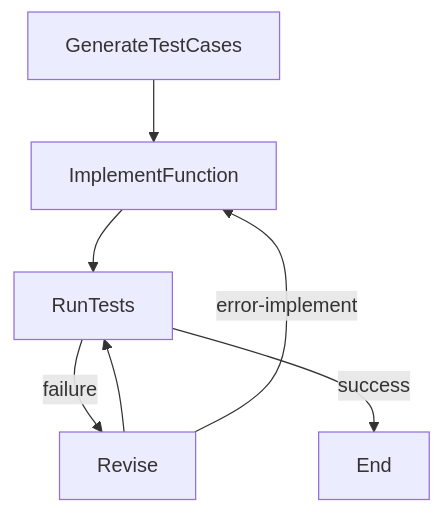
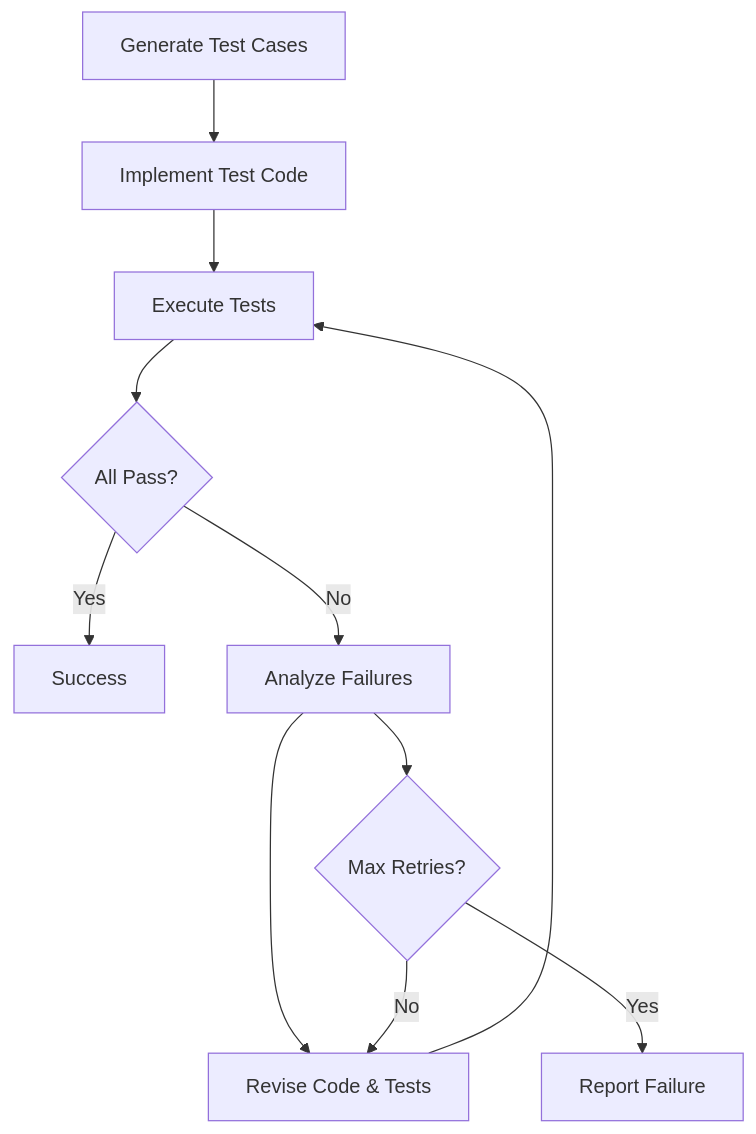
The second of 2 diagrams in README.md (jimkk159/test-creater), drawn with Mermaid before and after one commit. The commit also changed other lines of this file and 5 other files, not shown here.

Commit message:
refactor: update flow connections and shared variable usage for improved test generation

````diff
--- a/README.md
+++ b/README.md
@@ -33,7 +122,13 @@
 ```mermaid
 flowchart TD
-    G[GenerateTestCases] --> H[ImplementFunction] --> I[RunTests]
-    I -- failure --> J[Revise] --> I
-    I -- success --> K[End]
-    J -- error-implement --> H
+    A[Generate Test Cases] --> B[Implement Test Code]
+    B --> C[Execute Tests]
+    C --> D{All Pass?}
+    D -->|Yes| E[Success]
+    D -->|No| F[Analyze Failures]
+    F --> G[Revise Code & Tests]
+    G --> C
+    F --> H{Max Retries?}
+    H -->|Yes| I[Report Failure]
+    H -->|No| G
 ```
````
